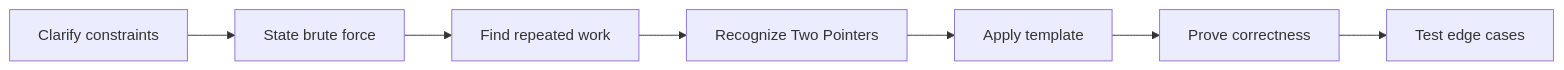
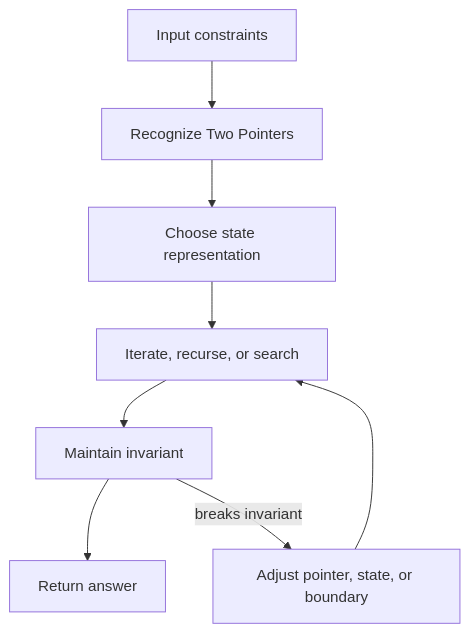
Before and after one commit to abstractinterviews/abstractinterviews.github.io: the second of 2 diagrams in coding-round/patterns/two-pointers/index.md, drawn with Mermaid. The commit also changed other lines of this file and 278 other files, not shown here.

````diff
--- a/coding-round/patterns/two-pointers/index.md
+++ b/coding-round/patterns/two-pointers/index.md
@@ -123,9 +121,10 @@
-~~~mermaid
-flowchart LR
-    A["Clarify constraints"] --> B["State brute force"]
-    B --> C["Find repeated work"]
-    C --> D["Recognize Two Pointers"]
-    D --> E["Apply template"]
-    E --> F["Prove correctness"]
-    F --> G["Test edge cases"]
-~~~
+```mermaid
+flowchart TD
+    Input["Input constraints"] --> Pattern["Recognize Two Pointers"]
+    Pattern --> State["Choose state representation"]
+    State --> Iterate["Iterate, recurse, or search"]
+    Iterate --> Check["Maintain invariant"]
+    Check --> Result["Return answer"]
+    Check -->|breaks invariant| Fix["Adjust pointer, state, or boundary"]
+    Fix --> Iterate
+```
````
